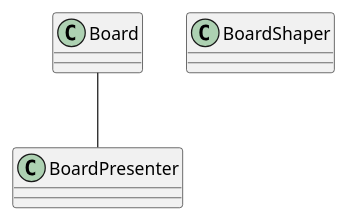
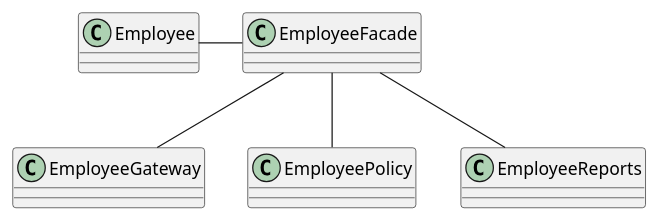
One commit to vikas-a/SOLID changed the diagram in docs/srp/srp-good.puml. Above: the diagram before and after it, drawn with PlantUML. The commit also changed 17 other files, not shown here.

```diff
--- a/docs/srp/srp-good.puml
+++ b/docs/srp/srp-good.puml
@@ -1,9 +1,19 @@
 @startuml
-class Board{
+class Employee{
 }
-class BoardPresenter{
+class EmployeeFacade{
 }
-Board -- BoardPresenter
-class BoardShaper {
+class EmployeeGateway{
 }
+class EmployeePolicy{
+}
+class EmployeeReports{
+}
+
+EmployeeFacade -- EmployeeGateway
+EmployeeFacade -- EmployeePolicy
+EmployeeFacade -- EmployeeReports
+
+Employee - EmployeeFacade
+
 @enduml
```
